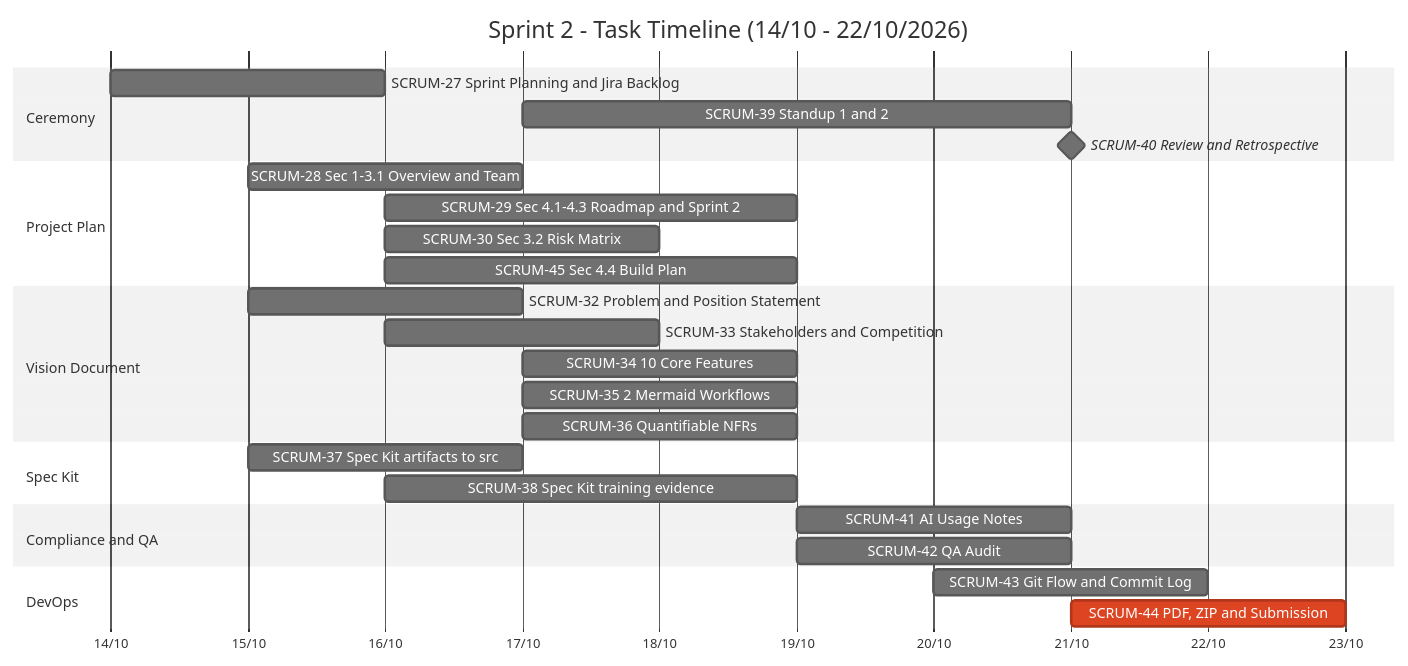
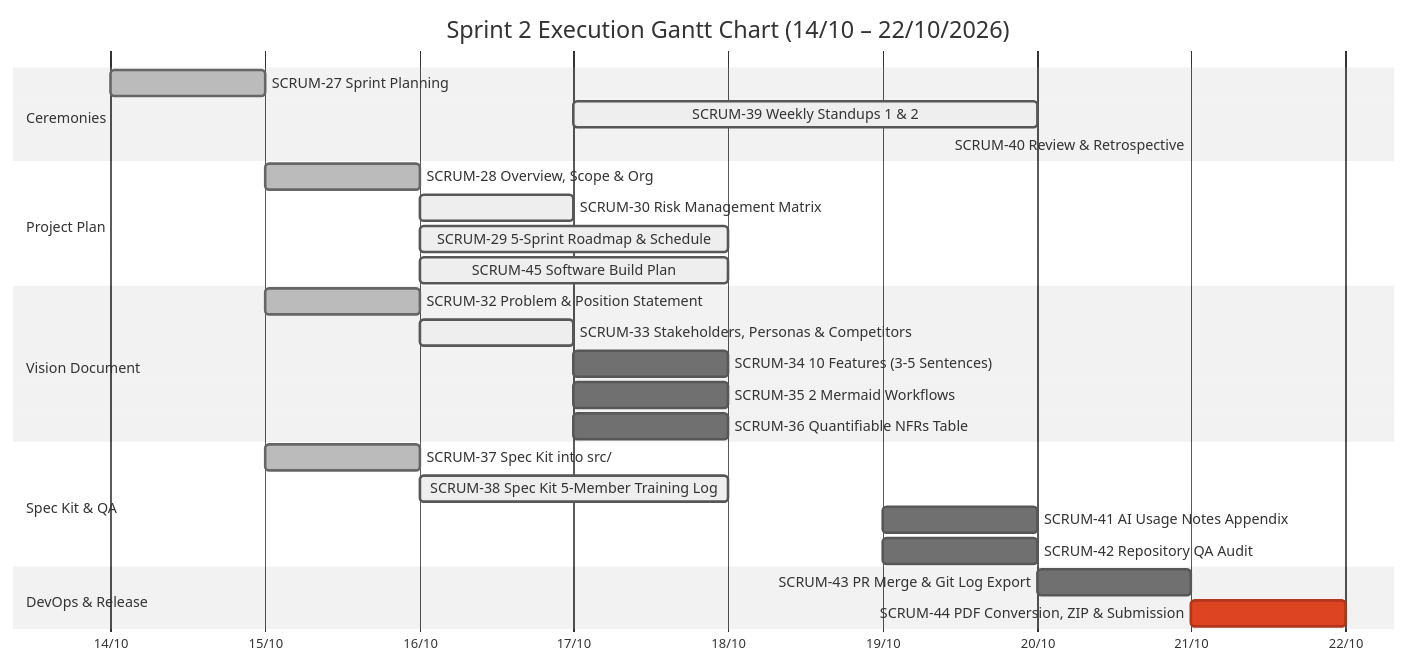
One commit to ThanhDu14/WikiCook changed the third of 5 diagrams in docs/management/project-plan.md. Above: the diagram before and after it, drawn with Mermaid (neutral theme). The commit also changed other lines of this file, not shown here.

Commit message:
docs(management): solve conflict in project-plan.md

````diff
--- a/docs/management/project-plan.md
+++ b/docs/management/project-plan.md
@@ -512,30 +385,29 @@
 ```mermaid
 gantt
-    title Sprint 2 - Task Timeline (14/10 - 22/10/2026)
+    title Sprint 2 Execution Gantt Chart (14/10 – 22/10/2026)
     dateFormat YYYY-MM-DD
     axisFormat %d/%m
-    section Ceremony
-    SCRUM-27 Sprint Planning and Jira Backlog   :t27, 2026-10-14, 2d
-    SCRUM-39 Standup 1 and 2                    :t39, 2026-10-17, 4d
-    SCRUM-40 Review and Retrospective           :milestone, t40, 2026-10-21, 0d
+    section Ceremonies
+    SCRUM-27 Sprint Planning                     :done,    t27, 2026-10-14, 2026-10-15
+    SCRUM-39 Weekly Standups 1 & 2               :active,  t39, 2026-10-17, 2026-10-20
+    SCRUM-40 Review & Retrospective              :         t40, 2026-10-21, 2026-10-21
     section Project Plan
-    SCRUM-28 Sec 1-3.1 Overview and Team        :t28, 2026-10-15, 2d
-    SCRUM-29 Sec 4.1-4.3 Roadmap and Sprint 2   :t29, 2026-10-16, 3d
-    SCRUM-30 Sec 3.2 Risk Matrix                :t30, 2026-10-16, 2d
-    SCRUM-45 Sec 4.4 Build Plan                 :t45, 2026-10-16, 3d
+    SCRUM-28 Overview, Scope & Org               :done,    t28, 2026-10-15, 2026-10-16
+    SCRUM-30 Risk Management Matrix              :active,  t30, 2026-10-16, 2026-10-17
+    SCRUM-29 5-Sprint Roadmap & Schedule         :active,  t29, 2026-10-16, 2026-10-18
+    SCRUM-45 Software Build Plan                 :active,  t45, 2026-10-16, 2026-10-18
     section Vision Document
-    SCRUM-32 Problem and Position Statement     :t32, 2026-10-15, 2d
-    SCRUM-33 Stakeholders and Competition       :t33, 2026-10-16, 2d
-    SCRUM-34 10 Core Features                   :t34, 2026-10-17, 2d
-    SCRUM-35 2 Mermaid Workflows                :t35, 2026-10-17, 2d
-    SCRUM-36 Quantifiable NFRs                  :t36, 2026-10-17, 2d
-    section Spec Kit
-    SCRUM-37 Spec Kit artifacts to src          :t37, 2026-10-15, 2d
-    SCRUM-38 Spec Kit training evidence         :t38, 2026-10-16, 3d
-    section Compliance and QA
-    SCRUM-41 AI Usage Notes                     :t41, 2026-10-19, 2d
-    SCRUM-42 QA Audit                           :t42, 2026-10-19, 2d
-    section DevOps
-    SCRUM-43 Git Flow and Commit Log            :t43, 2026-10-20, 2d
-    SCRUM-44 PDF, ZIP and Submission            :crit, t44, 2026-10-21, 2d
+    SCRUM-32 Problem & Position Statement        :done,    t32, 2026-10-15, 2026-10-16
+    SCRUM-33 Stakeholders, Personas & Competitors:active,  t33, 2026-10-16, 2026-10-17
+    SCRUM-34 10 Features (3-5 Sentences)        :         t34, 2026-10-17, 2026-10-18
+    SCRUM-35 2 Mermaid Workflows                 :         t35, 2026-10-17, 2026-10-18
+    SCRUM-36 Quantifiable NFRs Table             :         t36, 2026-10-17, 2026-10-18
+    section Spec Kit & QA
+    SCRUM-37 Spec Kit into src/                  :done,    t37, 2026-10-15, 2026-10-16
+    SCRUM-38 Spec Kit 5-Member Training Log      :active,  t38, 2026-10-16, 2026-10-18
+    SCRUM-41 AI Usage Notes Appendix             :         t41, 2026-10-19, 2026-10-20
+    SCRUM-42 Repository QA Audit                 :         t42, 2026-10-19, 2026-10-20
+    section DevOps & Release
+    SCRUM-43 PR Merge & Git Log Export           :         t43, 2026-10-20, 2026-10-21
+    SCRUM-44 PDF Conversion, ZIP & Submission    :crit,    t44, 2026-10-21, 2026-10-22
 ```
````
